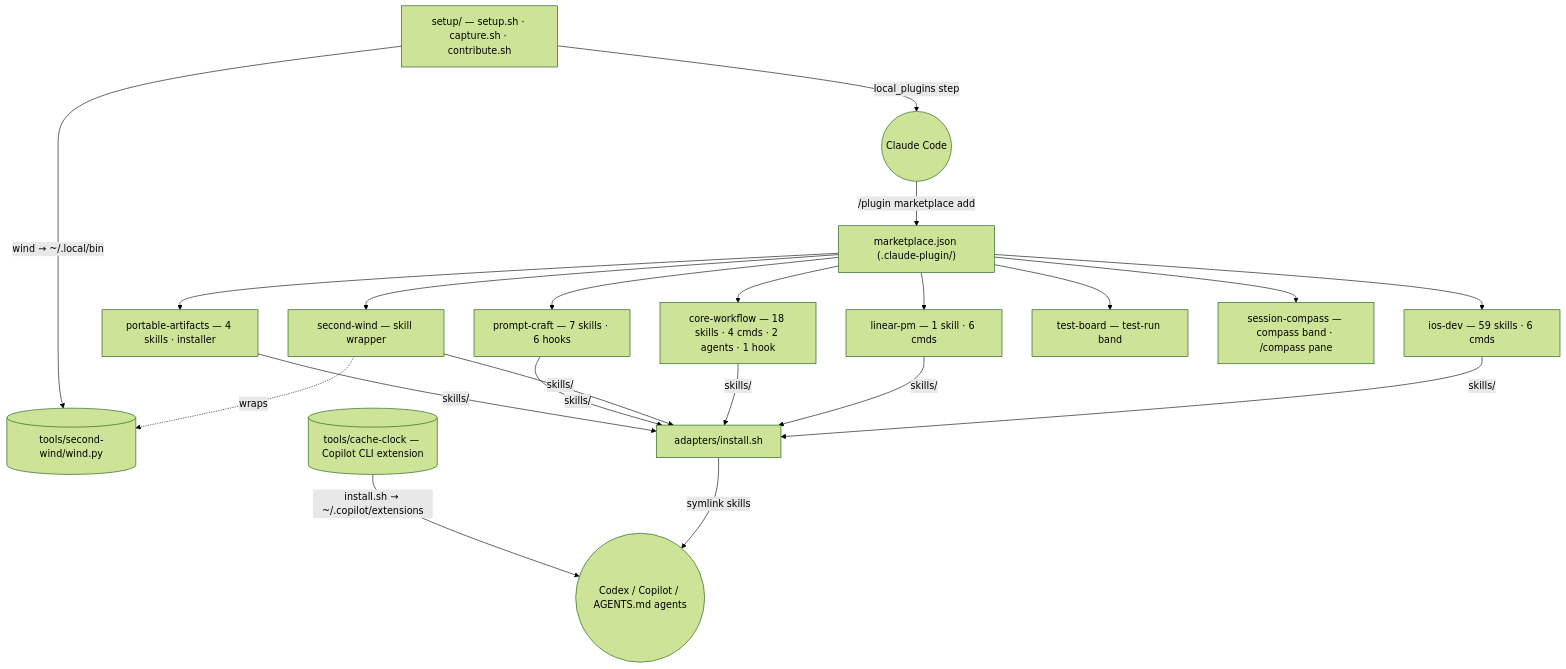
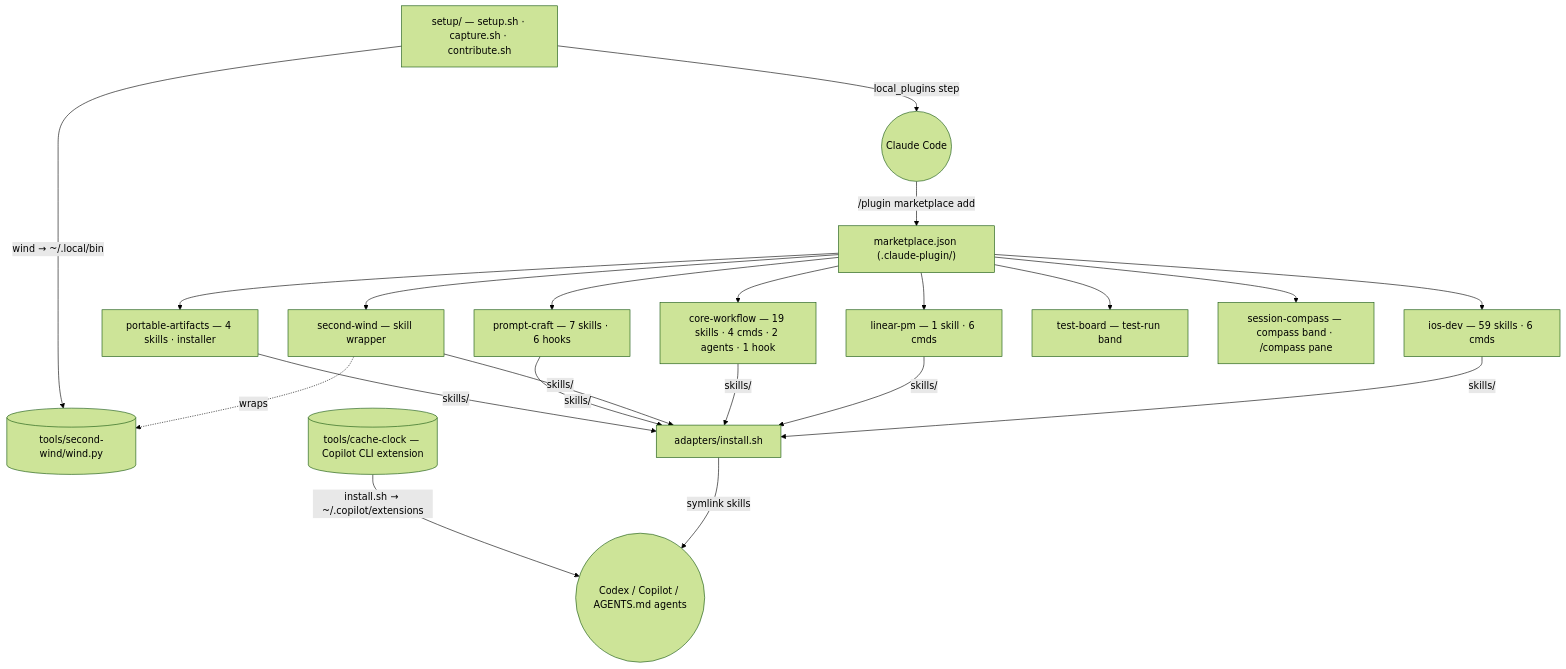
One commit to abhijitbansal/claude-skills changed the diagram in docs/architecture.md. Above: the diagram before and after it, drawn with Mermaid (forest theme). The commit also changed 106 other files, not shown here.

First line of the commit message:
feat(portable-artifacts): claude-motion-inspired diagram + motion upgrades; fold in chrome-form-widgets (#42) (#43)

````diff
--- a/docs/architecture.md
+++ b/docs/architecture.md
@@ -15,27 +15,27 @@
 ```mermaid
 flowchart TD
   MP["marketplace.json (.claude-plugin/)"]
   IOS["ios-dev — 59 skills · 6 cmds"]
   LIN["linear-pm — 1 skill · 6 cmds"]
-  CW["core-workflow — 18 skills · 4 cmds · 2 agents · 1 hook"]
+  CW["core-workflow — 19 skills · 4 cmds · 2 agents · 1 hook"]
   SW["second-wind — skill wrapper"]
   PC["prompt-craft — 7 skills · 6 hooks"]
   PA["portable-artifacts — 4 skills · installer"]
   TB["test-board — test-run band"]
   SC["session-compass — compass band · /compass pane"]
   WIND[("tools/second-wind/wind.py")]
   CCLK[("tools/cache-clock — Copilot CLI extension")]
   AD["adapters/install.sh"]
   SEED["setup/ — setup.sh · capture.sh · contribute.sh"]
   CC(("Claude Code"))
   OTHER(("Codex / Copilot / AGENTS.md agents"))
 
   MP --> IOS & LIN & CW & SW & PC & PA & TB & SC
   SW -.->|wraps| WIND
   CC -->|"/plugin marketplace add"| MP
   SEED -->|local_plugins step| CC
   SEED -->|"wind → ~/.local/bin"| WIND
   AD -->|symlink skills| OTHER
   CCLK -->|"install.sh → ~/.copilot/extensions"| OTHER
   IOS & LIN & CW & SW & PC & PA -->|skills/| AD
 ```
````
